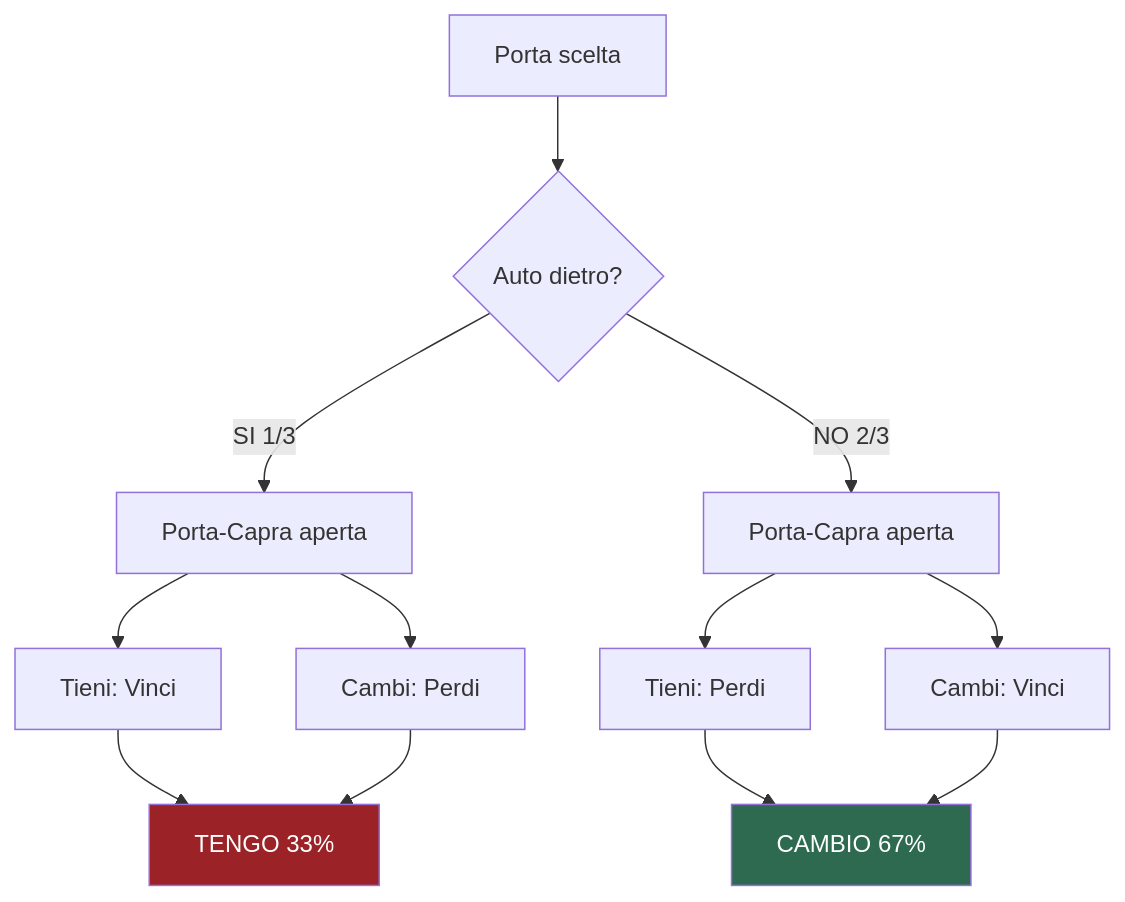
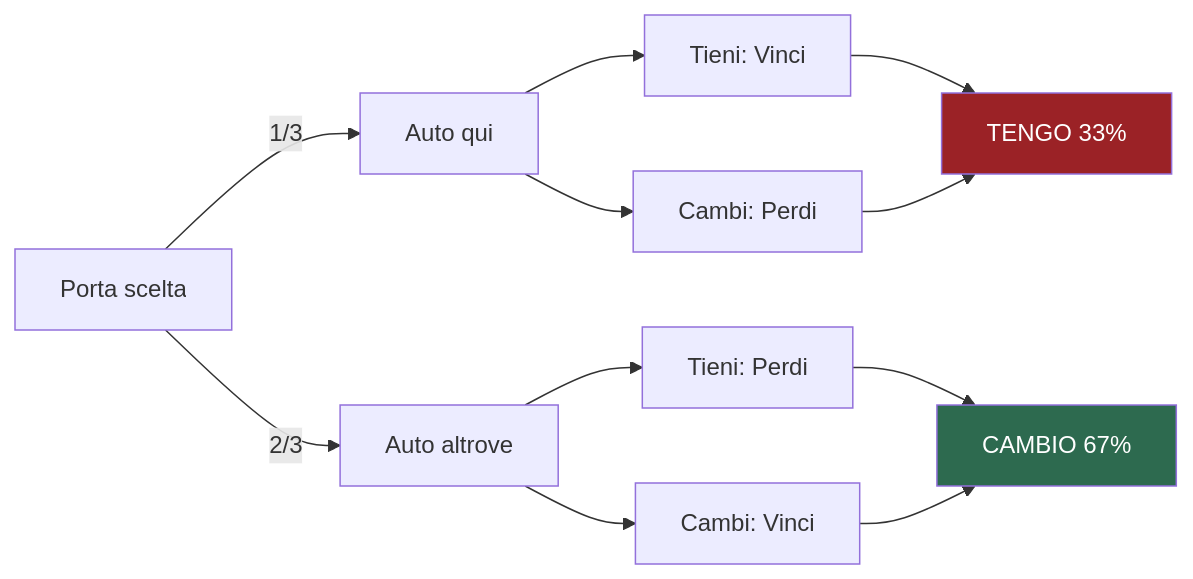
The diagram in README.md (DiscoHDuBois/Dilemma-Monty-Hall), drawn with Mermaid before and after one commit.

Commit message:
flowchart LR

````diff
--- a/README.md
+++ b/README.md
@@ -41,21 +41,19 @@
 ```mermaid
-flowchart TD
-    A["Porta scelta"] --> B{"Auto dietro?"}
+flowchart LR
+    A[Porta scelta] -->|1/3| B[Auto qui]
+    A -->|2/3| C[Auto altrove]
 
-    B -- "SI 1/3" --> C["Porta-Capra aperta"]
-    B -- "NO 2/3" --> D["Porta-Capra aperta"]
+    B --> D[Tieni: Vinci]
+    B --> E[Cambi: Perdi]
 
-    C --> E["Tieni: Vinci"]
-    C --> F["Cambi: Perdi"]
+    C --> F[Tieni: Perdi]
+    C --> G[Cambi: Vinci]
 
-    D --> G["Tieni: Perdi"]
-    D --> H["Cambi: Vinci"]
-
-    E --> Z["TENGO 33%"]
-    F --> Z
-    G --> W["CAMBIO 67%"]
-    H --> W
+    D --> Z[TENGO 33%]
+    E --> Z
+    F --> W[CAMBIO 67%]
+    G --> W
 
     style W fill:#2d6a4f,color:#fff
     style Z fill:#9b2226,color:#fff
 ```
````
